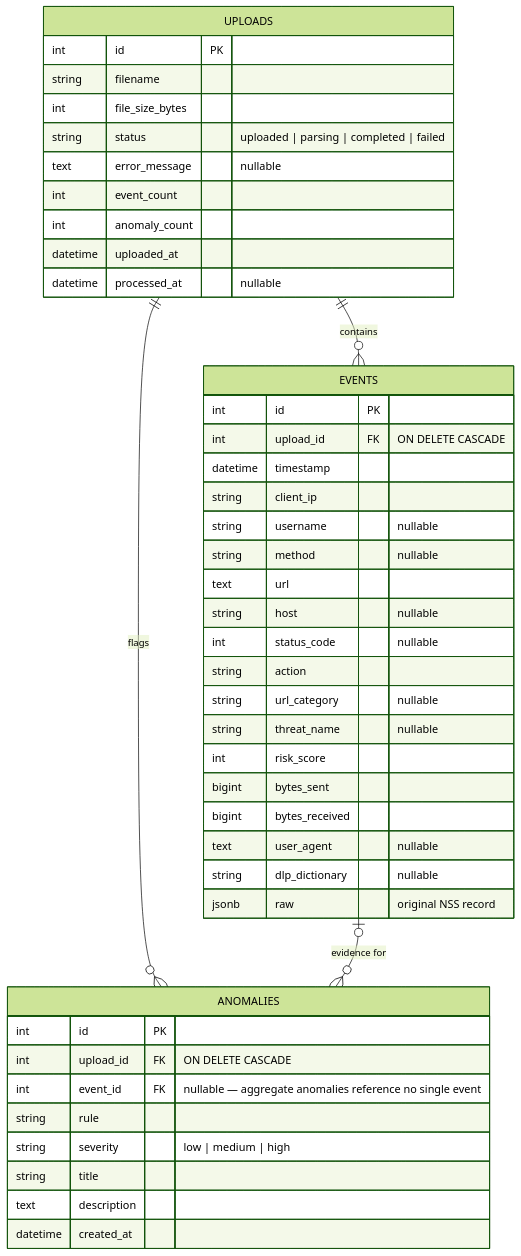
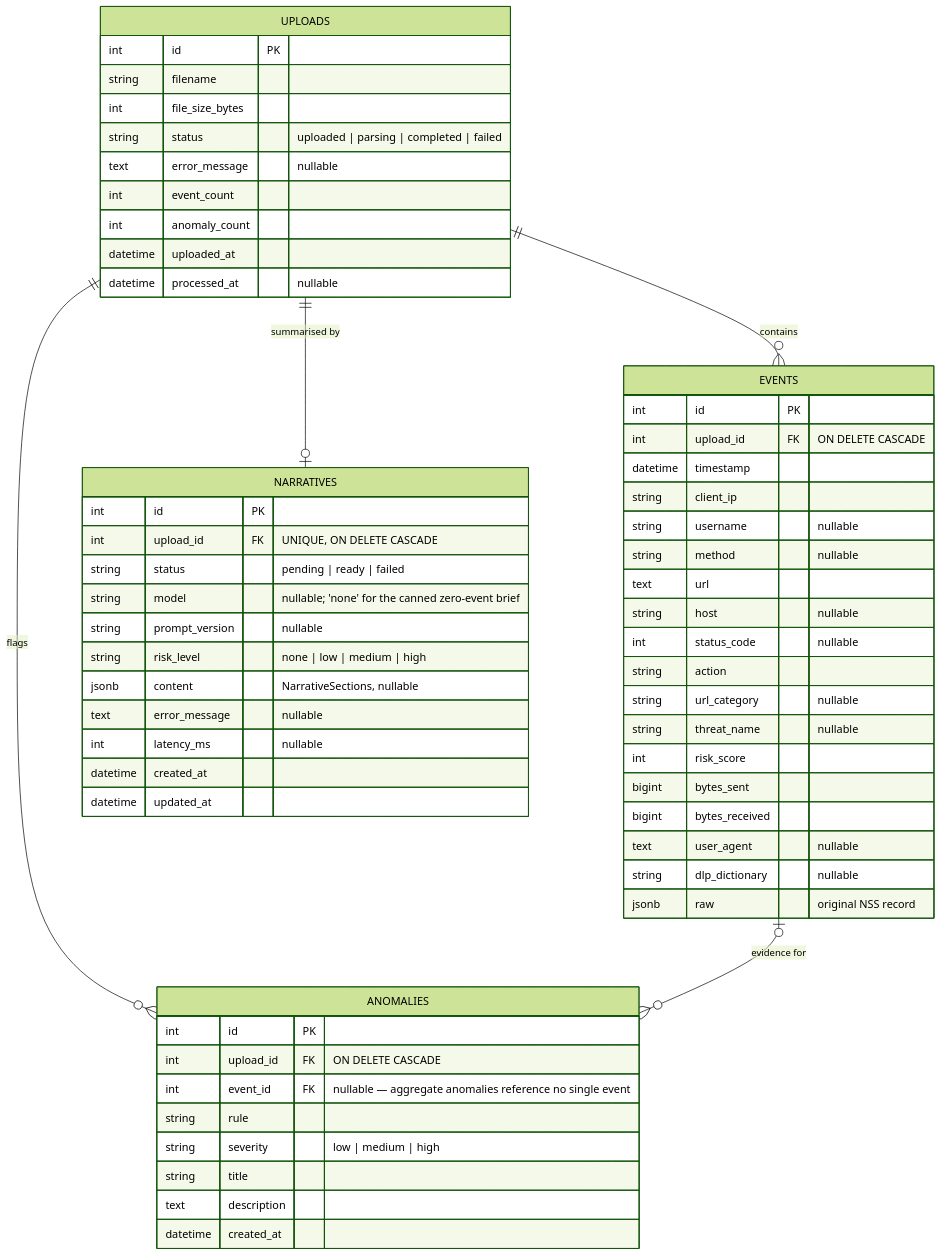
Before and after one commit to sacayo/tenex-security-application: the third of 4 diagrams in spec.md, drawn with Mermaid (forest theme). The commit also changed other lines of this file and 11 other files, not shown here.

````diff
--- a/spec.md
+++ b/spec.md
@@ -331,48 +394,62 @@
 ```mermaid
 erDiagram
     UPLOADS ||--o{ EVENTS : contains
     UPLOADS ||--o{ ANOMALIES : flags
+    UPLOADS ||--o| NARRATIVES : "summarised by"
     EVENTS o|--o{ ANOMALIES : "evidence for"
 
     UPLOADS {
         int id PK
         string filename
         int file_size_bytes
         string status "uploaded | parsing | completed | failed"
         text error_message "nullable"
         int event_count
         int anomaly_count
         datetime uploaded_at
         datetime processed_at "nullable"
     }
     EVENTS {
         int id PK
         int upload_id FK "ON DELETE CASCADE"
         datetime timestamp
         string client_ip
         string username "nullable"
         string method "nullable"
         text url
         string host "nullable"
         int status_code "nullable"
         string action
         string url_category "nullable"
         string threat_name "nullable"
         int risk_score
         bigint bytes_sent
         bigint bytes_received
         text user_agent "nullable"
         string dlp_dictionary "nullable"
         jsonb raw "original NSS record"
     }
     ANOMALIES {
         int id PK
         int upload_id FK "ON DELETE CASCADE"
         int event_id FK "nullable — aggregate anomalies reference no single event"
         string rule
         string severity "low | medium | high"
         string title
         text description
         datetime created_at
     }
+    NARRATIVES {
+        int id PK
+        int upload_id FK "UNIQUE, ON DELETE CASCADE"
+        string status "pending | ready | failed"
+        string model "nullable; 'none' for the canned zero-event brief"
+        string prompt_version "nullable"
+        string risk_level "none | low | medium | high"
+        jsonb content "NarrativeSections, nullable"
+        text error_message "nullable"
+        int latency_ms "nullable"
+        datetime created_at
+        datetime updated_at
+    }
 ```
````
